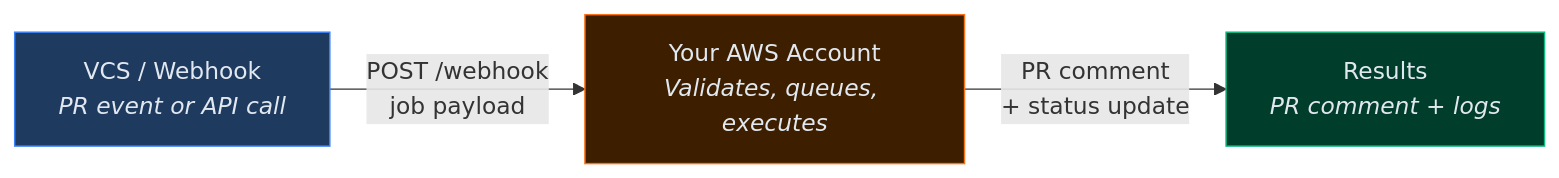
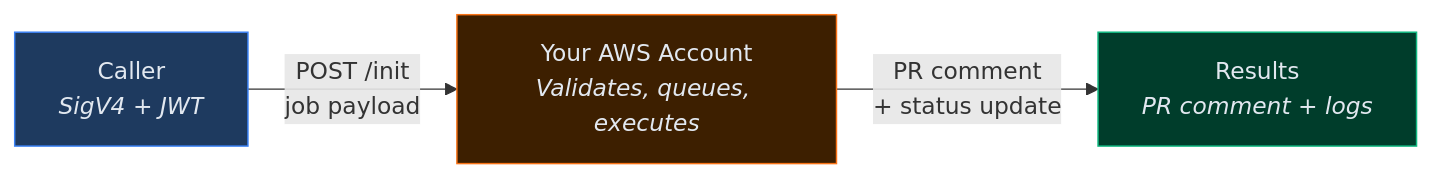
One commit to gear2000/aws-execution-engine changed the first of 5 diagrams in docs/ARCHITECTURE_DIAGRAM.md. Above: the diagram before and after it, drawn with Mermaid. The commit also changed other lines of this file and 17 other files, not shown here.

First line of the commit message:
Remove all webhook references; system uses SigV4 + JWT contract

````diff
--- a/docs/ARCHITECTURE_DIAGRAM.md
+++ b/docs/ARCHITECTURE_DIAGRAM.md
@@ -9,13 +9,13 @@
 ```mermaid
 flowchart LR
-    VCS["VCS / Webhook<br><i>PR event or API call</i>"]
+    VCS["Caller<br><i>SigV4 + JWT</i>"]
     AWS["Your AWS Account<br><i>Validates, queues, executes</i>"]
     Results["Results<br><i>PR comment + logs</i>"]
 
-    VCS -- "POST /webhook<br>job payload" --> AWS
+    VCS -- "POST /init<br>job payload" --> AWS
     AWS -- "PR comment<br>+ status update" --> Results
 
     style VCS fill:#1e3a5f,stroke:#3b82f6,color:#e2e8f0
     style AWS fill:#3d1f00,stroke:#f97316,color:#e2e8f0
     style Results fill:#003d2b,stroke:#10b981,color:#e2e8f0
 ```
````
